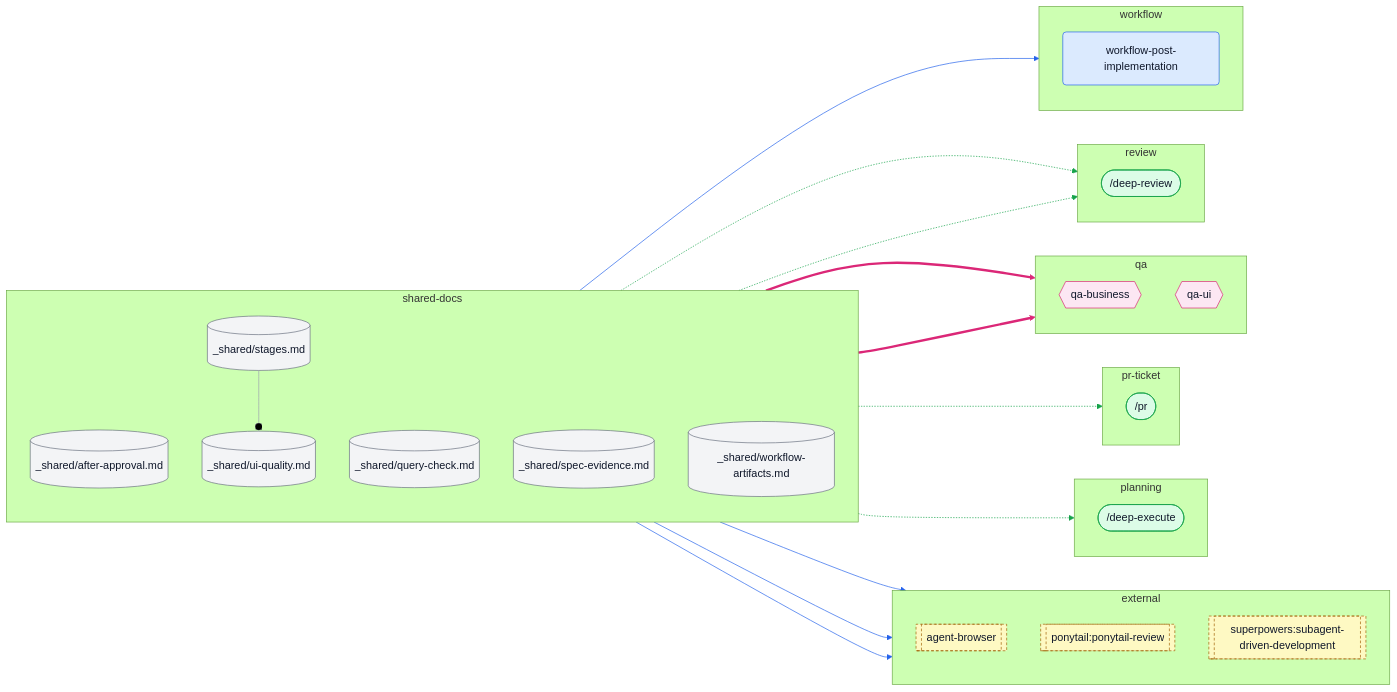
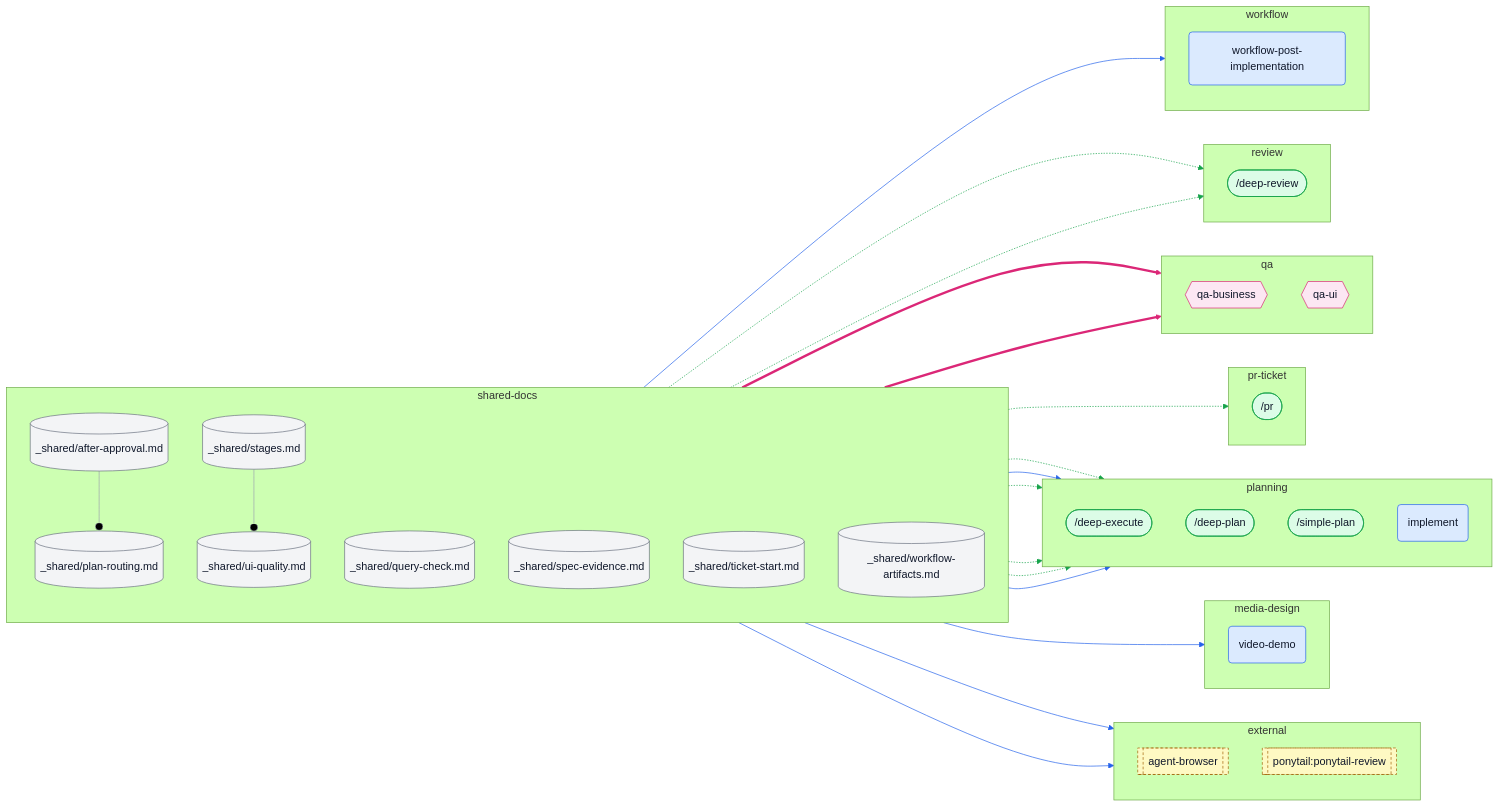
One commit to ybarsotti/dotfiles changed the eighth of 10 diagrams in docs/skills-map.md. Above: the diagram before and after it, drawn with Mermaid (forest theme). The commit also changed other lines of this file and 30 other files, not shown here.

```diff
--- a/docs/skills-map.md
+++ b/docs/skills-map.md
@@ -679,11 +638,17 @@
     direction TB
     x_agent_browser[["agent-browser"]]:::external
     x_ponytail_ponytail_review[["ponytail:ponytail-review"]]:::external
-    x_superpowers_subagent_driven_development[["superpowers:subagent-driven-development"]]:::external
+  end
+  subgraph cl_media_design["media-design"]
+    direction TB
+    s_video_demo("video-demo"):::skill
   end
   subgraph cl_planning["planning"]
     direction TB
     c_deep_execute(["/deep-execute"]):::command
+    c_deep_plan(["/deep-plan"]):::command
+    c_simple_plan(["/simple-plan"]):::command
+    s_implement("implement"):::skill
   end
   subgraph cl_pr_ticket["pr-ticket"]
     direction TB
@@ -701,9 +666,11 @@
   subgraph cl_shared_docs["shared-docs"]
     direction TB
     d_after_approval[("_shared/after-approval.md")]:::shared
+    d_plan_routing[("_shared/plan-routing.md")]:::shared
     d_query_check[("_shared/query-check.md")]:::shared
     d_spec_evidence[("_shared/spec-evidence.md")]:::shared
     d_stages[("_shared/stages.md")]:::shared
+    d_ticket_start[("_shared/ticket-start.md")]:::shared
     d_ui_quality[("_shared/ui-quality.md")]:::shared
     d_workflow_artifacts[("_shared/workflow-artifacts.md")]:::shared
   end
@@ -716,8 +683,14 @@
   d_after_approval -.-> c_deep_execute
   d_after_approval -.-> c_deep_review
   d_after_approval -.-> c_pr
+  d_after_approval --o d_plan_routing
+  d_after_approval --> s_implement
+  d_after_approval --> s_video_demo
   d_after_approval --> s_workflow_post_implementation
-  d_after_approval --> x_superpowers_subagent_driven_development
+  d_plan_routing -.-> c_deep_execute
+  d_plan_routing -.-> c_deep_plan
+  d_plan_routing -.-> c_simple_plan
+  d_plan_routing --> s_implement
   d_stages -.-> c_deep_review
   d_stages --o d_ui_quality
   d_ui_quality --> x_agent_browser
@@ -727,12 +700,18 @@
   linkStyle 2 stroke:#16a34a
   linkStyle 3 stroke:#16a34a
   linkStyle 4 stroke:#16a34a
-  linkStyle 5 stroke:#2563eb
+  linkStyle 5 stroke:#9ca3af
   linkStyle 6 stroke:#2563eb
-  linkStyle 7 stroke:#16a34a
-  linkStyle 8 stroke:#9ca3af
-  linkStyle 9 stroke:#2563eb
-  linkStyle 10 stroke:#2563eb
+  linkStyle 7 stroke:#2563eb
+  linkStyle 8 stroke:#2563eb
+  linkStyle 9 stroke:#16a34a
+  linkStyle 10 stroke:#16a34a
+  linkStyle 11 stroke:#16a34a
+  linkStyle 12 stroke:#2563eb
+  linkStyle 13 stroke:#16a34a
+  linkStyle 14 stroke:#9ca3af
+  linkStyle 15 stroke:#2563eb
+  linkStyle 16 stroke:#2563eb
   classDef skill fill:#dbeafe,stroke:#2563eb,color:#0f172a
   classDef command fill:#dcfce7,stroke:#16a34a,color:#0f172a
   classDef agent fill:#fce7f3,stroke:#db2777,color:#0f172a
```
